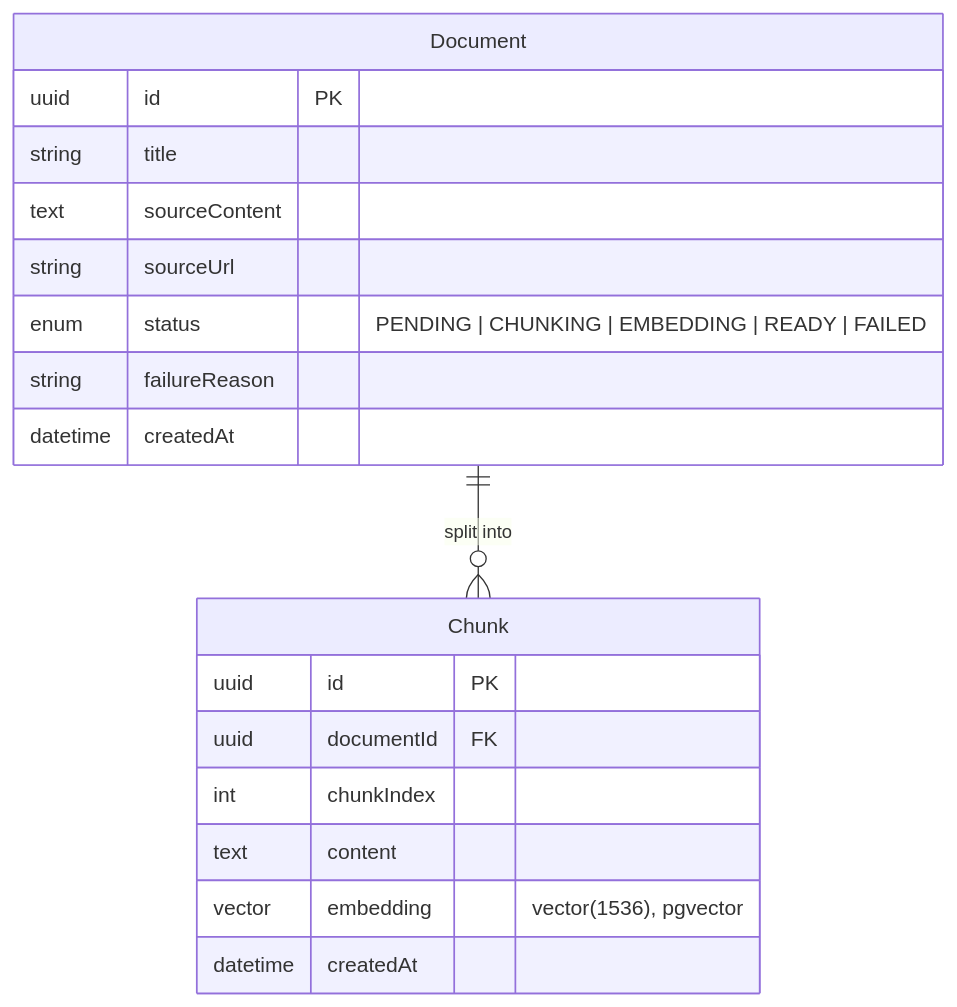
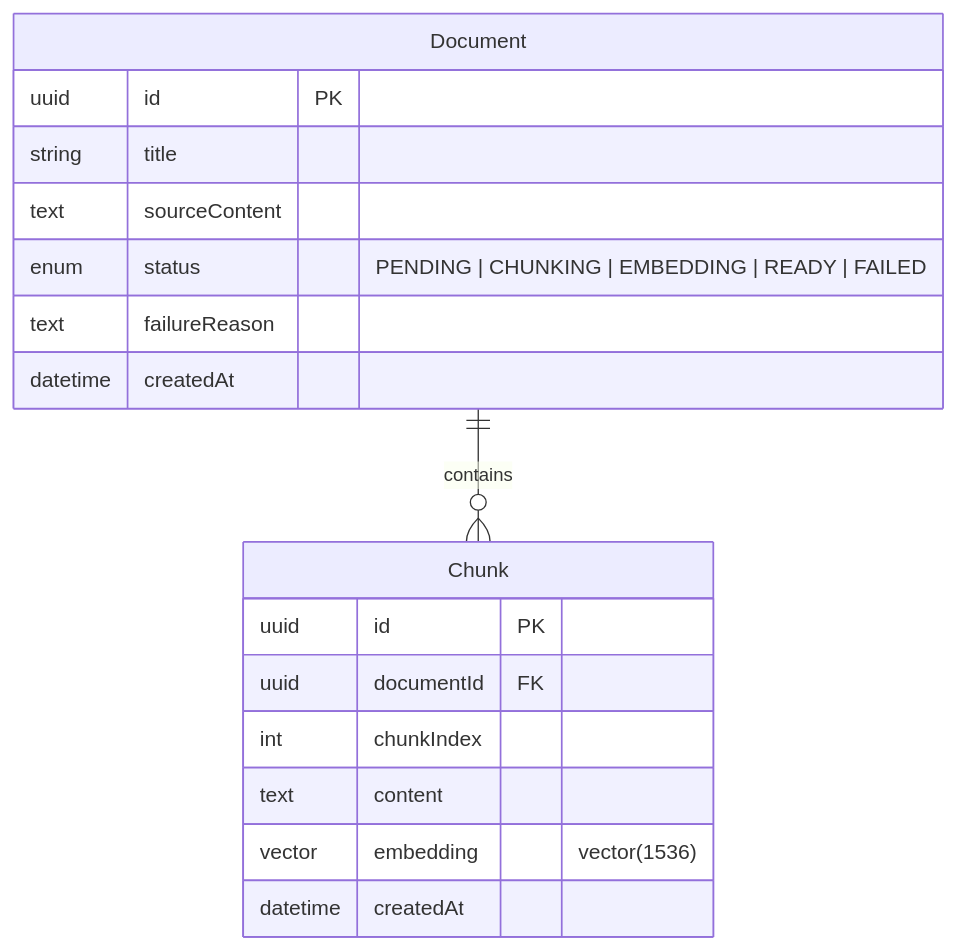
Before and after one commit to mo74x/Docmind: the second of 3 diagrams in README.md, drawn with Mermaid. The commit also changed other lines of this file, not shown here.

````diff
--- a/README.md
+++ b/README.md
@@ -160,23 +132,22 @@
 ```mermaid
 erDiagram
-    Document ||--o{ Chunk : "split into"
+    Document ||--o{ Chunk : "contains"
 
     Document {
         uuid id PK
         string title
         text sourceContent
-        string sourceUrl
         enum status "PENDING | CHUNKING | EMBEDDING | READY | FAILED"
-        string failureReason
+        text failureReason
         datetime createdAt
     }
 
     Chunk {
         uuid id PK
         uuid documentId FK
         int chunkIndex
         text content
-        vector embedding "vector(1536), pgvector"
+        vector embedding "vector(1536)"
         datetime createdAt
     }
 ```
````
